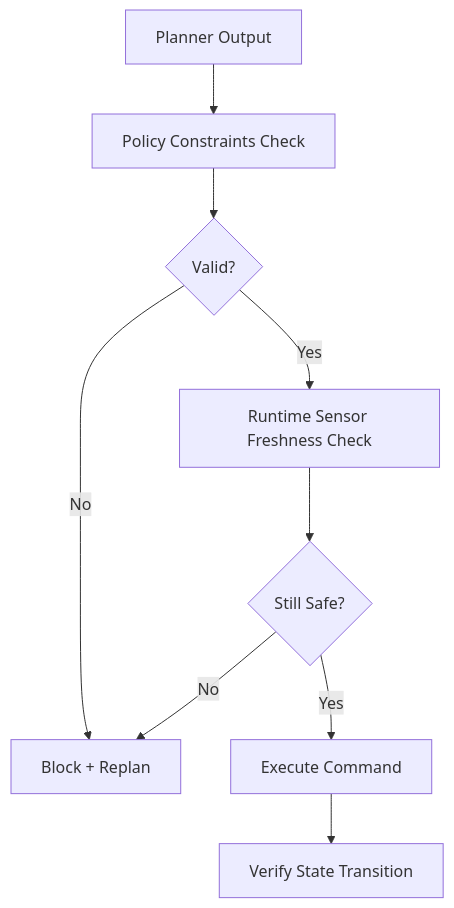
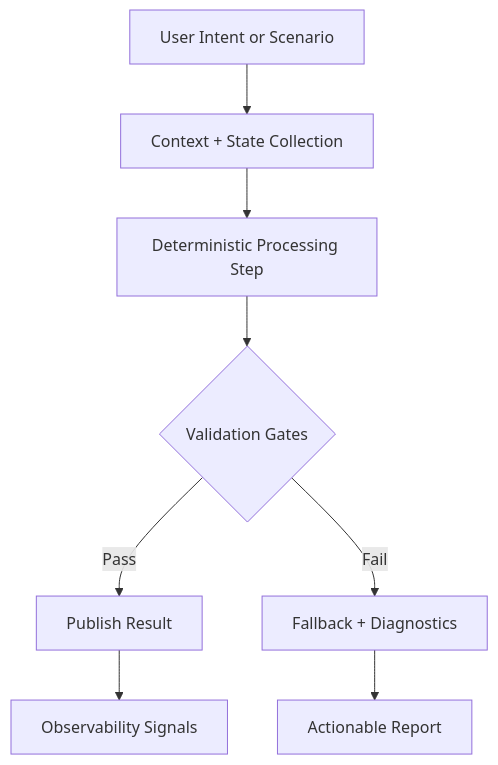
One commit to MariumAfzal2703/physical-ai-humanoid-robotics-textbook changed the first of 3 diagrams in docs/module-4-vla/action-safety-runtime-verification.mdx. Above: the diagram before and after it, drawn with Mermaid. The commit also changed other lines of this file and 20 other files, not shown here.

````diff
--- a/docs/module-4-vla/action-safety-runtime-verification.mdx
+++ b/docs/module-4-vla/action-safety-runtime-verification.mdx
@@ -30,11 +17,10 @@
 ```mermaid
 flowchart TD
-  A[Planner Output] --> B[Policy Constraints Check]
-  B --> C{Valid?}
-  C -- No --> D[Block + Replan]
-  C -- Yes --> E[Runtime Sensor Freshness Check]
-  E --> F{Still Safe?}
-  F -- No --> D
-  F -- Yes --> G[Execute Command]
-  G --> H[Verify State Transition]
+  A[User Intent or Scenario] --> B[Context + State Collection]
+  B --> C[Deterministic Processing Step]
+  C --> D{Validation Gates}
+  D -- Pass --> E[Publish Result]
+  D -- Fail --> F[Fallback + Diagnostics]
+  F --> G[Actionable Report]
+  E --> H[Observability Signals]
 ```
````
